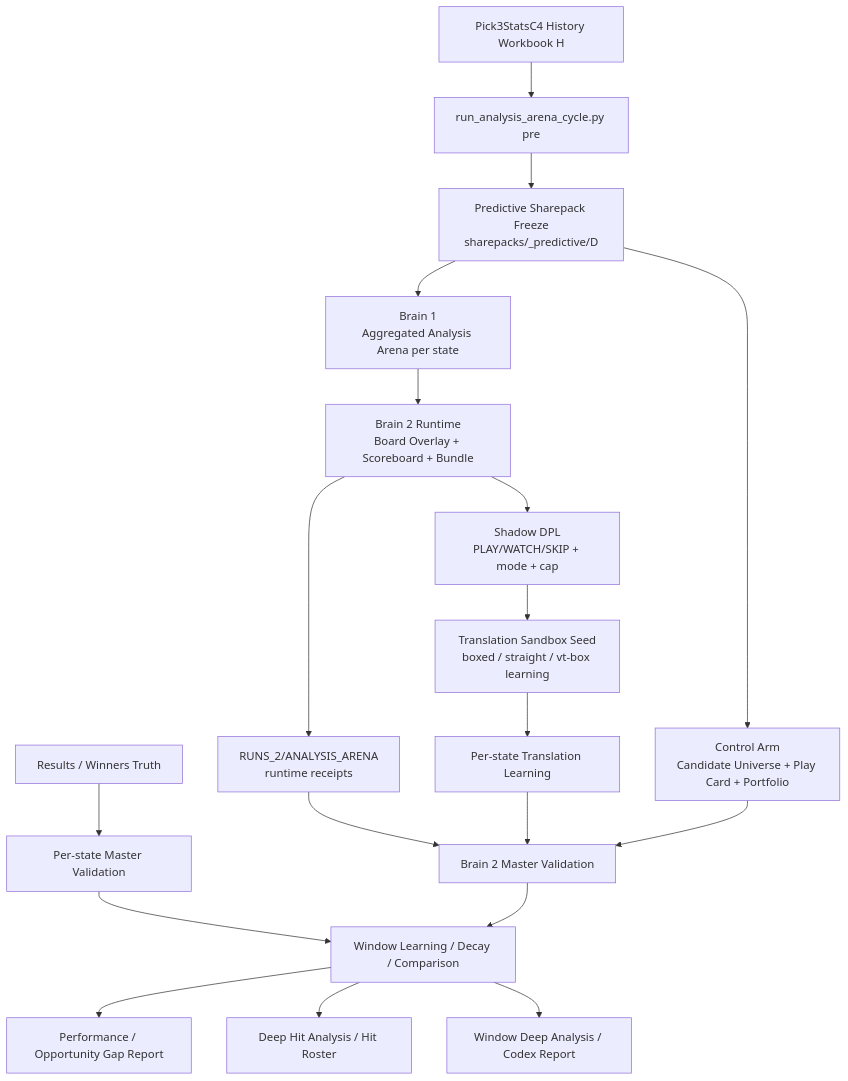
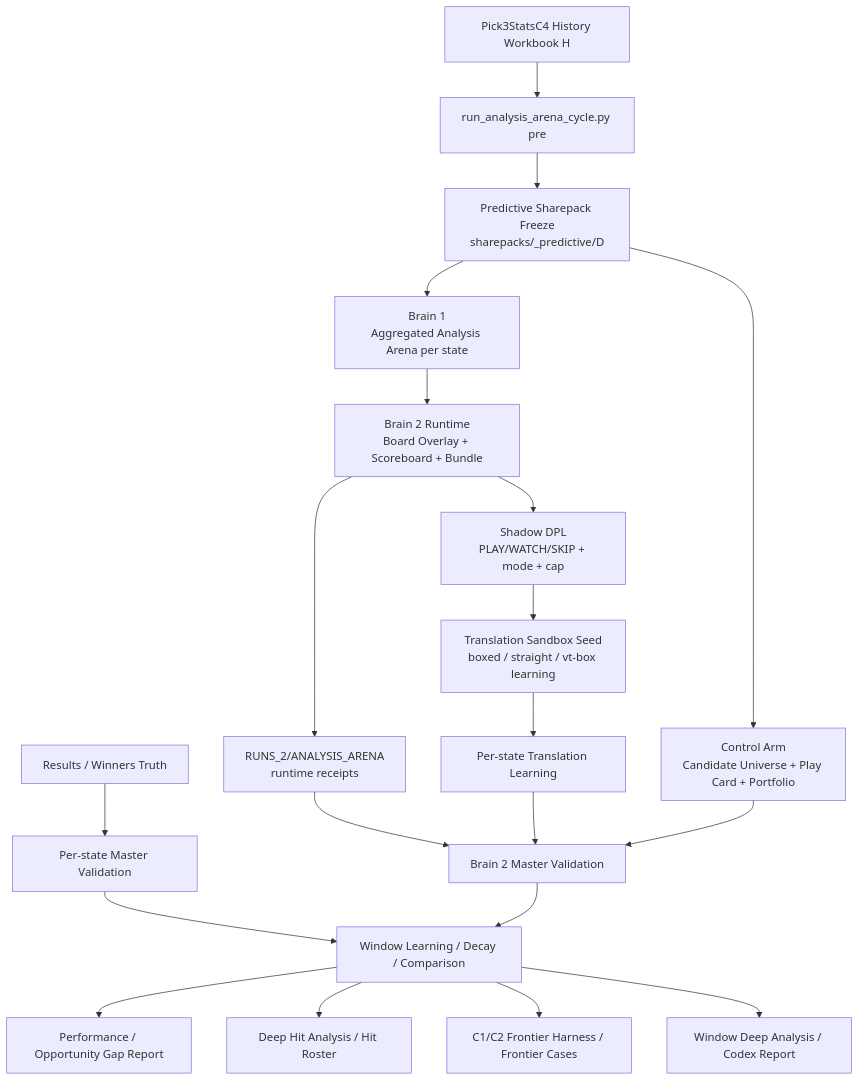
Before and after one commit to shonawensley/Alpha-Analytical-Tool-Clone: the diagram in docs/AAT9_KIT/FINAL VALIDATION/final docs/AAT9_ANALYSIS_ARENA_OPERATING_FLOW__FRESH_RUNS.md, drawn with Mermaid. The commit also changed other lines of this file and 7 other files, not shown here.

Commit message:
Arena: add C1/C2 frontier window harness

````diff
--- a/docs/AAT9_KIT/FINAL VALIDATION/final docs/AAT9_ANALYSIS_ARENA_OPERATING_FLOW__FRESH_RUNS.md
+++ b/docs/AAT9_KIT/FINAL VALIDATION/final docs/AAT9_ANALYSIS_ARENA_OPERATING_FLOW__FRESH_RUNS.md
@@ -38,21 +38,22 @@
 ```mermaid
 flowchart TD
     A[Pick3StatsC4 History Workbook H] --> B[run_analysis_arena_cycle.py pre]
     B --> C[Predictive Sharepack Freeze<br/>sharepacks/_predictive/D]
     C --> D[Brain 1<br/>Aggregated Analysis Arena per state]
     D --> E[Brain 2 Runtime<br/>Board Overlay + Scoreboard + Bundle]
     E --> F[Shadow DPL<br/>PLAY/WATCH/SKIP + mode + cap]
     F --> G[Translation Sandbox Seed<br/>boxed / straight / vt-box learning]
     C --> H[Control Arm<br/>Candidate Universe + Play Card + Portfolio]
     E --> I[RUNS_2/ANALYSIS_ARENA<br/>runtime receipts]
     G --> J[Per-state Translation Learning]
     K[Results / Winners Truth] --> L[Per-state Master Validation]
     I --> M[Brain 2 Master Validation]
     J --> M
     H --> M
     L --> N[Window Learning / Decay / Comparison]
     M --> N
     N --> O[Performance / Opportunity Gap Report]
     N --> P[Deep Hit Analysis / Hit Roster]
-    N --> Q[Window Deep Analysis / Codex Report]
+    N --> Q[C1/C2 Frontier Harness / Frontier Cases]
+    N --> R[Window Deep Analysis / Codex Report]
 ```
````
